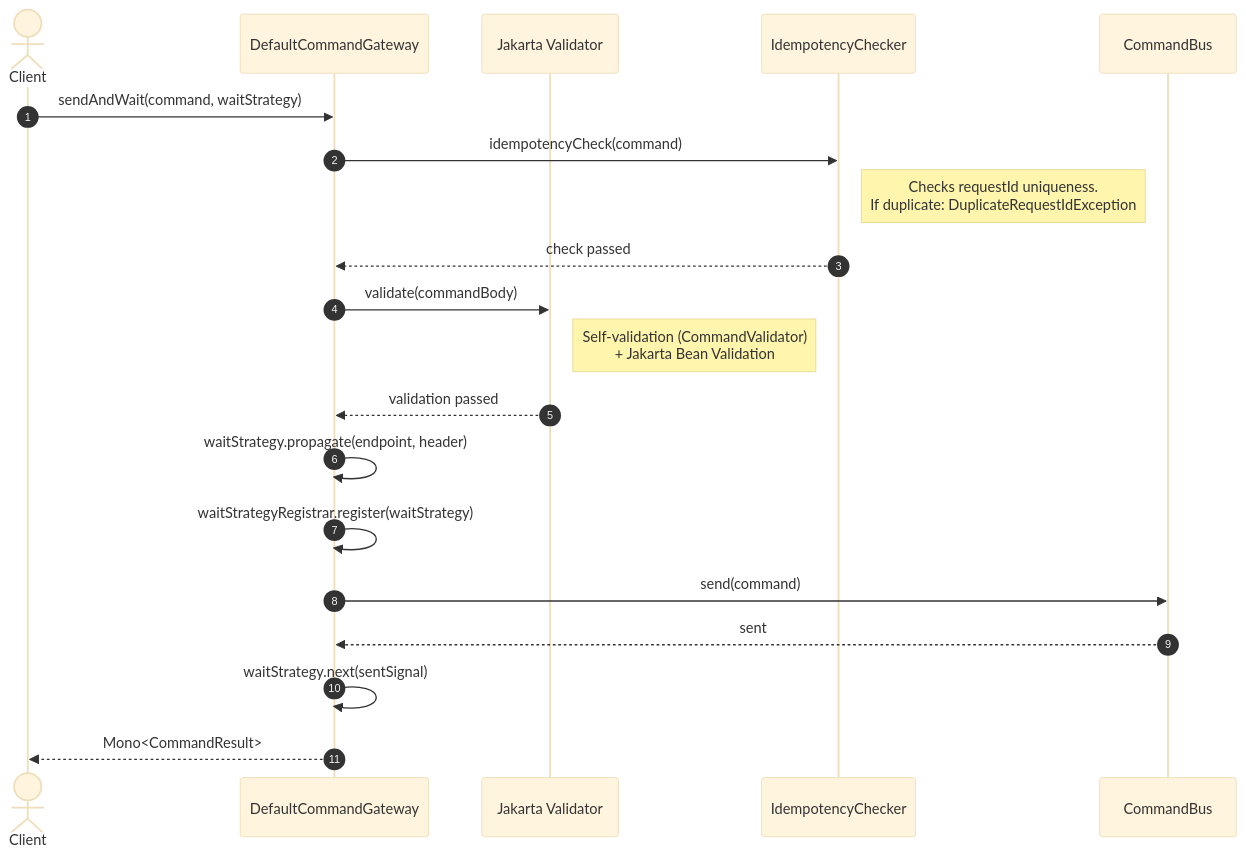
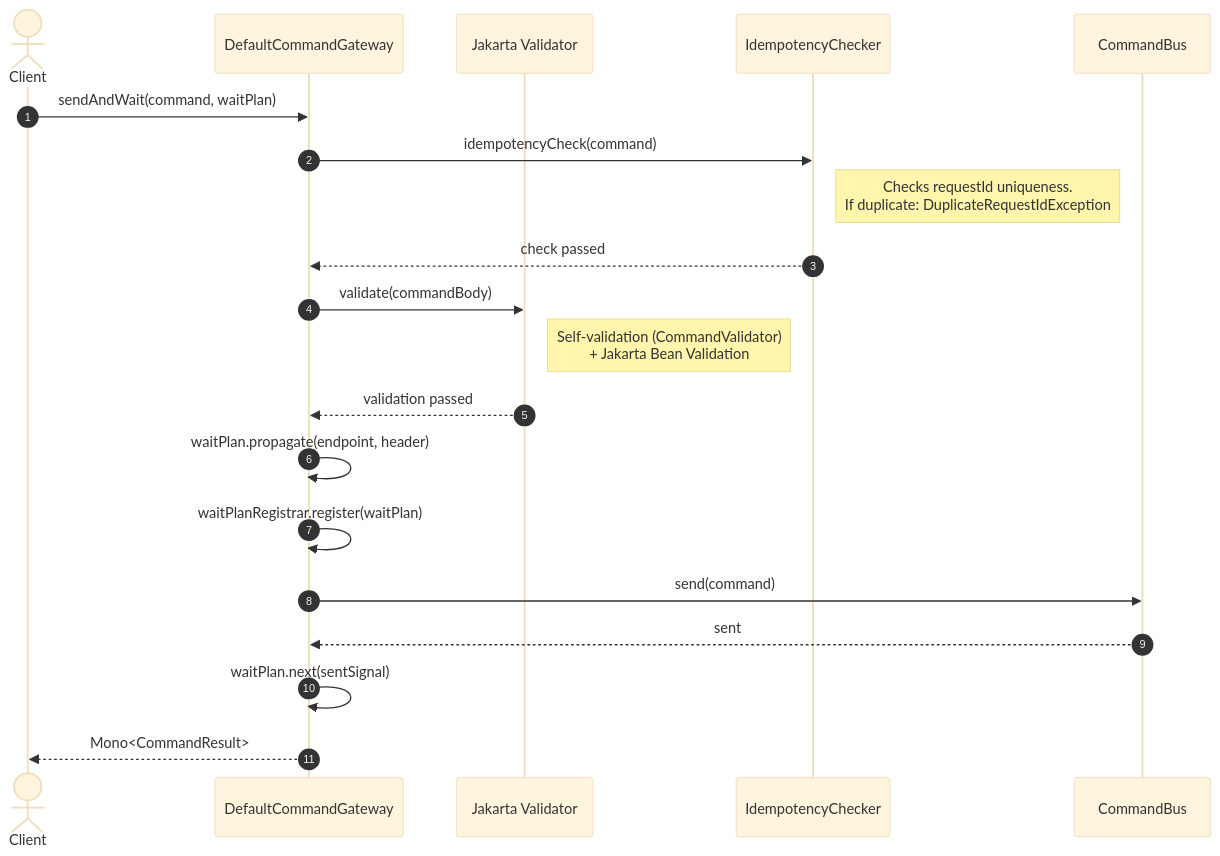
The second of 10 diagrams in documentation/docs/en/guide/advanced/data-flow.md (Ahoo-Wang/Wow), drawn with Mermaid (base theme) before and after one commit. The commit also changed other lines of this file and 128 other files, not shown here.

Commit message:
feat(core): remove wait strategy runtime

````diff
--- a/documentation/docs/en/guide/advanced/data-flow.md
+++ b/documentation/docs/en/guide/advanced/data-flow.md
@@ -40,25 +40,25 @@
 ```mermaid
 sequenceDiagram
     autonumber
     actor Client
     participant CG as DefaultCommandGateway
     participant Validator as Jakarta Validator
     participant Idempotency as IdempotencyChecker
     participant CB as CommandBus
 
-    Client->>CG: sendAndWait(command, waitStrategy)
+    Client->>CG: sendAndWait(command, waitPlan)
     CG->>Idempotency: idempotencyCheck(command)
     Note right of Idempotency: Checks requestId uniqueness.<br>If duplicate: DuplicateRequestIdException
     Idempotency-->>CG: check passed
     CG->>Validator: validate(commandBody)
     Note right of Validator: Self-validation (CommandValidator)<br>+ Jakarta Bean Validation
     Validator-->>CG: validation passed
-    CG->>CG: waitStrategy.propagate(endpoint, header)
-    CG->>CG: waitStrategyRegistrar.register(waitStrategy)
+    CG->>CG: waitPlan.propagate(endpoint, header)
+    CG->>CG: waitPlanRegistrar.register(waitPlan)
     CG->>CB: send(command)
     CB-->>CG: sent
-    CG->>CG: waitStrategy.next(sentSignal)
+    CG->>CG: waitPlan.next(sentSignal)
     CG-->>Client: Mono<CommandResult>
 
 
 ```
````
